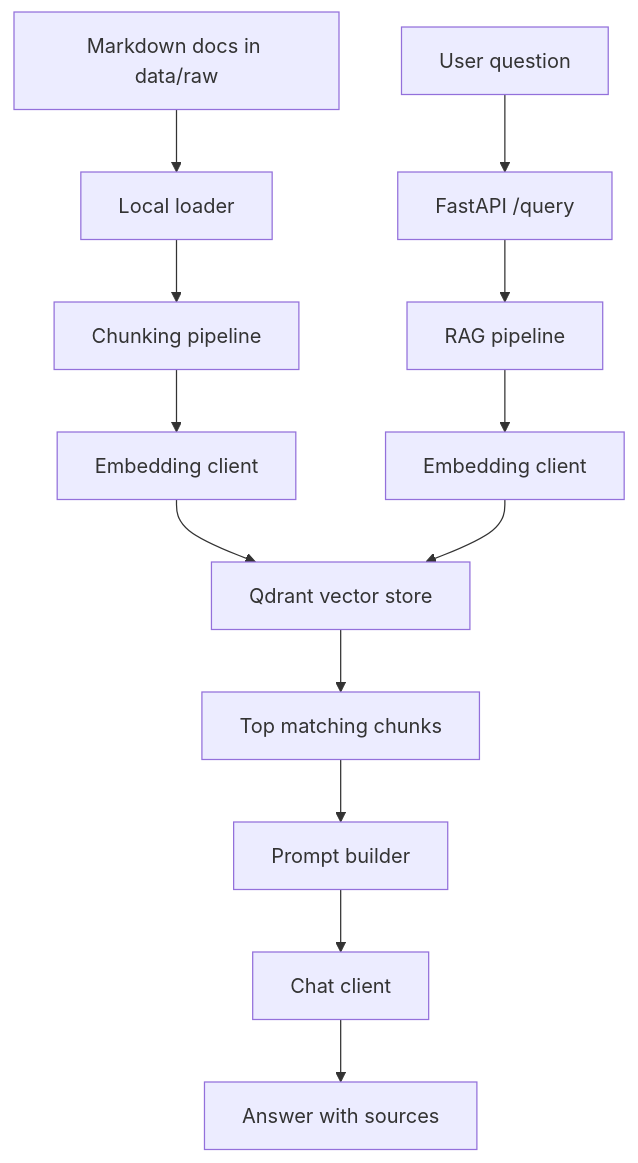
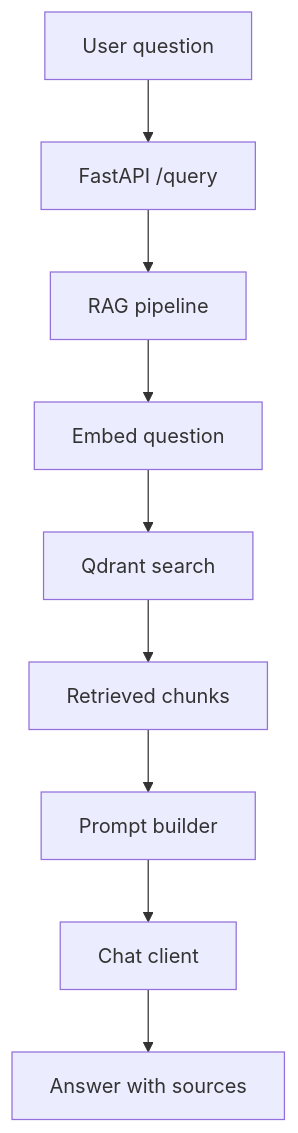
One commit to aryan4avj/spark-ai-rag-assistant changed the second of 4 diagrams in README.md. Above: the diagram before and after it, drawn with Mermaid. The commit also changed other lines of this file and 6 other files, not shown here.

````diff
--- a/README.md
+++ b/README.md
@@ -24,16 +48,11 @@
 ```mermaid
 flowchart TD
-    A[Markdown docs in data/raw] --> B[Local loader]
-    B --> C[Chunking pipeline]
-    C --> D[Embedding client]
-    D --> E[Qdrant vector store]
-
-    U[User question] --> F[FastAPI /query]
-    F --> G[RAG pipeline]
-    G --> H[Embedding client]
-    H --> E
-    E --> I[Top matching chunks]
-    I --> J[Prompt builder]
-    J --> K[Chat client]
-    K --> L[Answer with sources]
+    U[User question] --> A[FastAPI /query]
+    A --> B[RAG pipeline]
+    B --> C[Embed question]
+    C --> D[Qdrant search]
+    D --> E[Retrieved chunks]
+    E --> F[Prompt builder]
+    F --> G[Chat client]
+    G --> H[Answer with sources]
 ```
````
